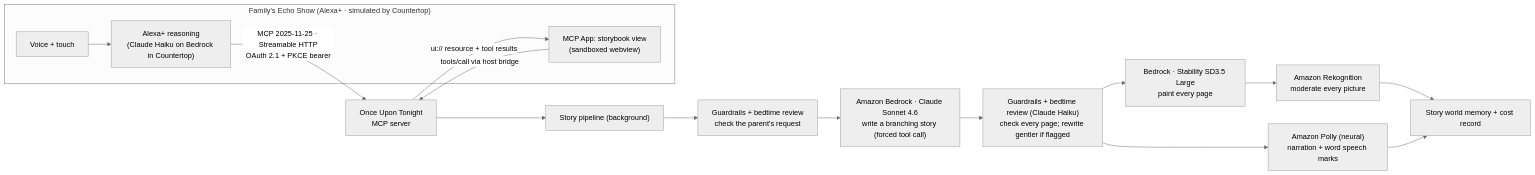
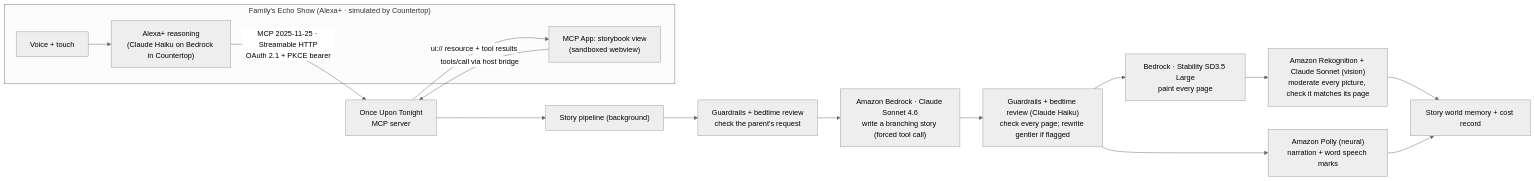
One commit to PRIEST099/once-upon-tonight changed the diagram in README.md. Above: the diagram before and after it, drawn with Mermaid (neutral theme). The commit also changed other lines of this file and 35 other files, not shown here.

First line of the commit message:
Picture check, varied stories, bedtime pace

````diff
--- a/README.md
+++ b/README.md
@@ -92,18 +92,18 @@
 ```mermaid
 flowchart LR
   subgraph Home["Family's Echo Show (Alexa+ · simulated by Countertop)"]
     V["Voice + touch"] --> A["Alexa+ reasoning<br/>(Claude Haiku on Bedrock in Countertop)"]
     UI["MCP App: storybook view<br/>(sandboxed webview)"]
   end
   A -- "MCP 2025-11-25 · Streamable HTTP<br/>OAuth 2.1 + PKCE bearer" --> S["Once Upon Tonight<br/>MCP server"]
   UI -- "tools/call via host bridge" --> S
   S -- "ui:// resource + tool results" --> UI
   S --> Q["Story pipeline (background)"]
   Q --> G1["Guardrails + bedtime review<br/>check the parent's request"]
   G1 --> W["Amazon Bedrock · Claude Sonnet 4.6<br/>write a branching story (forced tool call)"]
   W --> G2["Guardrails + bedtime review (Claude Haiku)<br/>check every page; rewrite gentler if flagged"]
   G2 --> I["Bedrock · Stability SD3.5 Large<br/>paint every page"]
-  I --> R["Amazon Rekognition<br/>moderate every picture"]
+  I --> R["Amazon Rekognition + Claude Sonnet (vision)<br/>moderate every picture, check it matches its page"]
   G2 --> N["Amazon Polly (neural)<br/>narration + word speech marks"]
   R & N --> M["Story world memory + cost record"]
 ```
````
